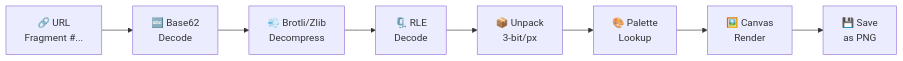
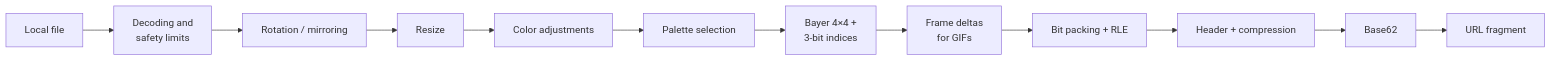
The second of 2 diagrams in README.md (GHagui/NanoGlyph-Share), drawn with Mermaid before and after one commit. The commit also changed other lines of this file, not shown here.

````diff
--- a/README.md
+++ b/README.md
@@ -68,10 +142,14 @@
 ```mermaid
 flowchart LR
-    A["🔗 URL\nFragment #..."] --> B["🔤 Base62\nDecode"]
-    B --> C["💨 Brotli/Zlib\nDecompress"]
-    C --> D["🗜️ RLE\nDecode"]
-    D --> E["📦 Unpack\n3-bit/px"]
-    E --> F["🎨 Palette\nLookup"]
-    F --> G["🖼️ Canvas\nRender"]
-    G --> H["💾 Save\nas PNG"]
+    A["Local file"] --> B["Decoding and<br>safety limits"]
+    B --> C["Rotation / mirroring"]
+    C --> D["Resize"]
+    D --> E["Color adjustments"]
+    E --> F["Palette selection"]
+    F --> G["Bayer 4×4 +<br>3-bit indices"]
+    G --> H["Frame deltas<br>for GIFs"]
+    H --> I["Bit packing + RLE"]
+    I --> J["Header + compression"]
+    J --> K["Base62"]
+    K --> L["URL fragment"]
 ```
````
